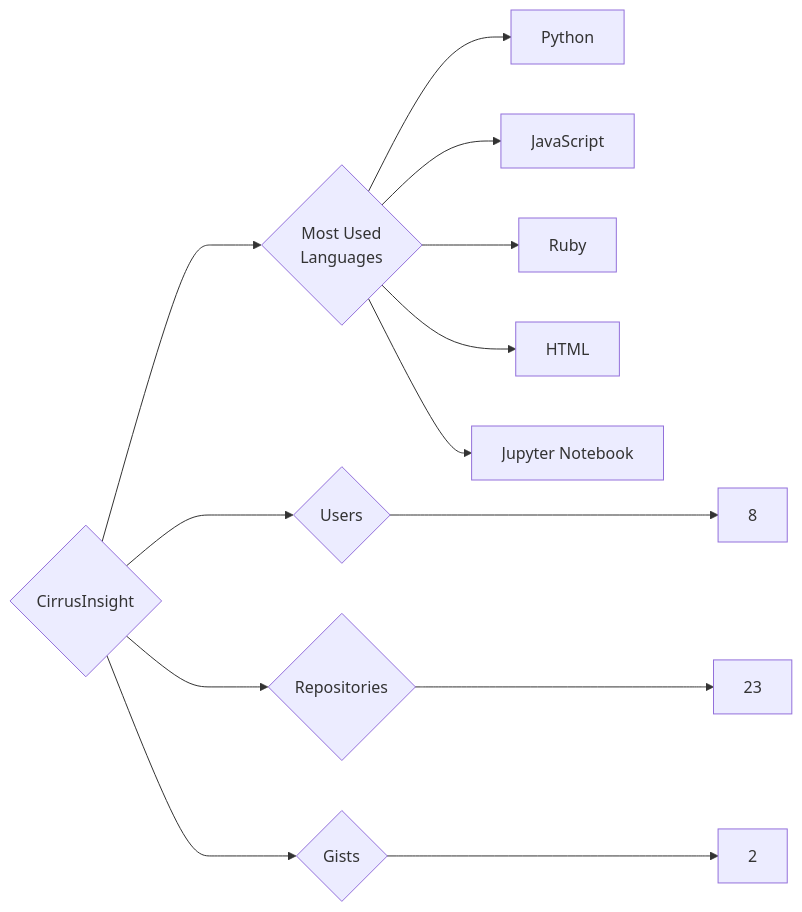
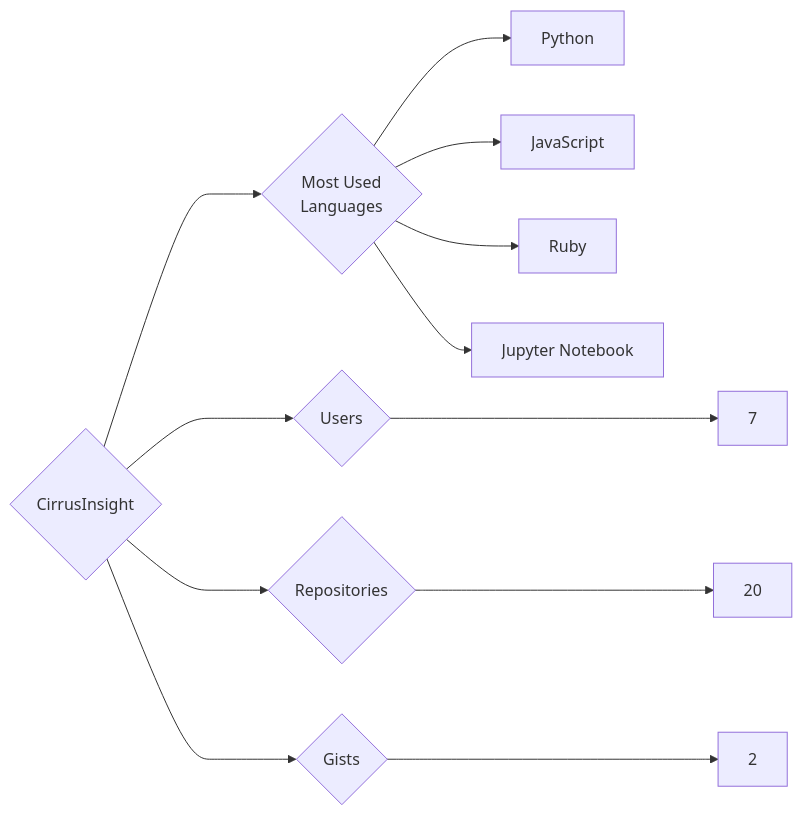
One commit to trickest/insiders changed the diagram in targets/CirrusInsight/README.md. Above: the diagram before and after it, drawn with Mermaid. The commit also changed 1238 other files, not shown here.

````diff
--- a/targets/CirrusInsight/README.md
+++ b/targets/CirrusInsight/README.md
@@ -3,13 +3,12 @@
 ```mermaid
 graph LR
 COMPANY_NAME{CirrusInsight}
-COMPANY_NAME ---> U{Users} ---> UN[8]
-COMPANY_NAME ---> R{Repositories} ---> RN[23]
+COMPANY_NAME ---> U{Users} ---> UN[7]
+COMPANY_NAME ---> R{Repositories} ---> RN[20]
 COMPANY_NAME ---> G{Gists} ---> GN[2]
 COMPANY_NAME ---> ML{Most Used<br>Languages}
 ML --> Python[Python]
 ML --> JavaScript[JavaScript]
 ML --> Ruby[Ruby]
-ML --> HTML[HTML]
 ML --> Jupyter_Notebook[Jupyter Notebook]
 ```
````
